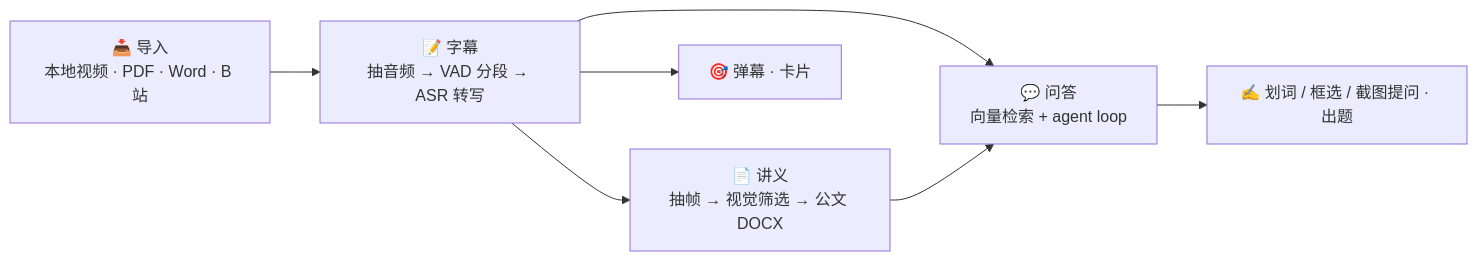
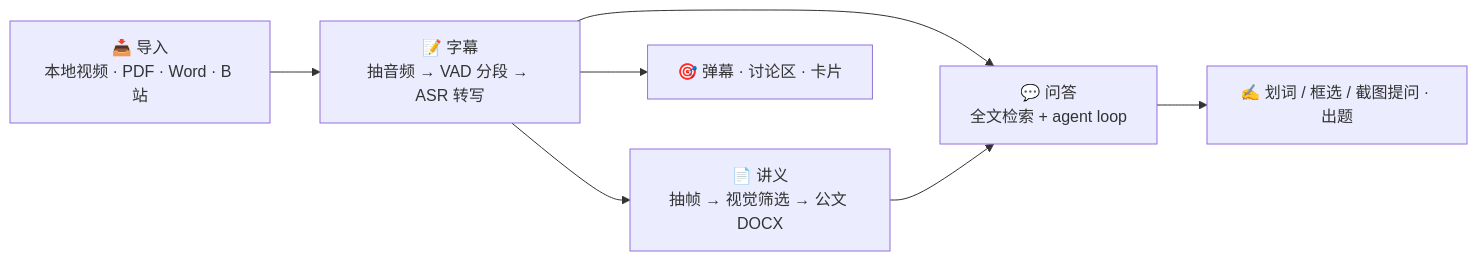
One commit to BA7MLV/wangke-agent changed the first of 2 diagrams in README.md. Above: the diagram before and after it, drawn with Mermaid. The commit also changed other lines of this file and 69 other files, not shown here.

````diff
--- a/README.md
+++ b/README.md
@@ -46,9 +46,9 @@
 ```mermaid
 flowchart LR
     IN["📥 导入<br/>本地视频 · PDF · Word · B 站"] --> SUB["📝 字幕<br/>抽音频 → VAD 分段 → ASR 转写"]
     SUB --> HO["📄 讲义<br/>抽帧 → 视觉筛选 → 公文 DOCX"]
-    SUB --> QA["💬 问答<br/>向量检索 + agent loop"]
+    SUB --> QA["💬 问答<br/>全文检索 + agent loop"]
     HO --> QA
-    SUB --> DM["🎯 弹幕 · 卡片"]
+    SUB --> DM["🎯 弹幕 · 讨论区 · 卡片"]
     QA --> ASK["✍️ 划词 / 框选 / 截图提问 · 出题"]
 ```
````
